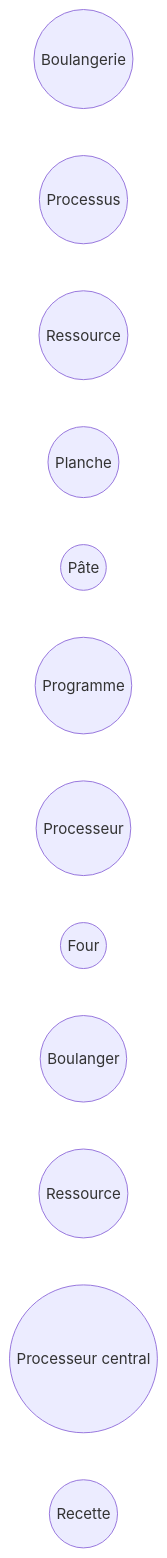
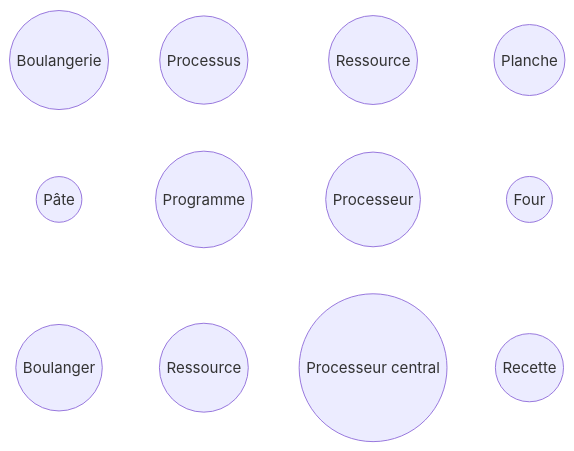
The diagram in terminale/Architecture des machines/Activité_panique_à_la_boulangerie.md (boddaert/nsi), drawn with Mermaid before and after one commit.

````diff
--- a/terminale/Architecture des machines/Activité_panique_à_la_boulangerie.md
+++ b/terminale/Architecture des machines/Activité_panique_à_la_boulangerie.md
@@ -29,15 +29,18 @@
 ```mermaid
 flowchart LR
     A((Boulangerie))
     B((Processus))
     C((Ressource))
     D((Planche))
     E((Pâte))
     F((Programme))
     G((Processeur))
     H((Four))
     I((Boulanger))
     J((Ressource))
     K((Processeur central))
     L((Recette))
+    A ~~~ B ~~~ C ~~~ D
+    E ~~~ F ~~~ G ~~~ H
+    I ~~~ J ~~~ K ~~~ L
 ```
````
